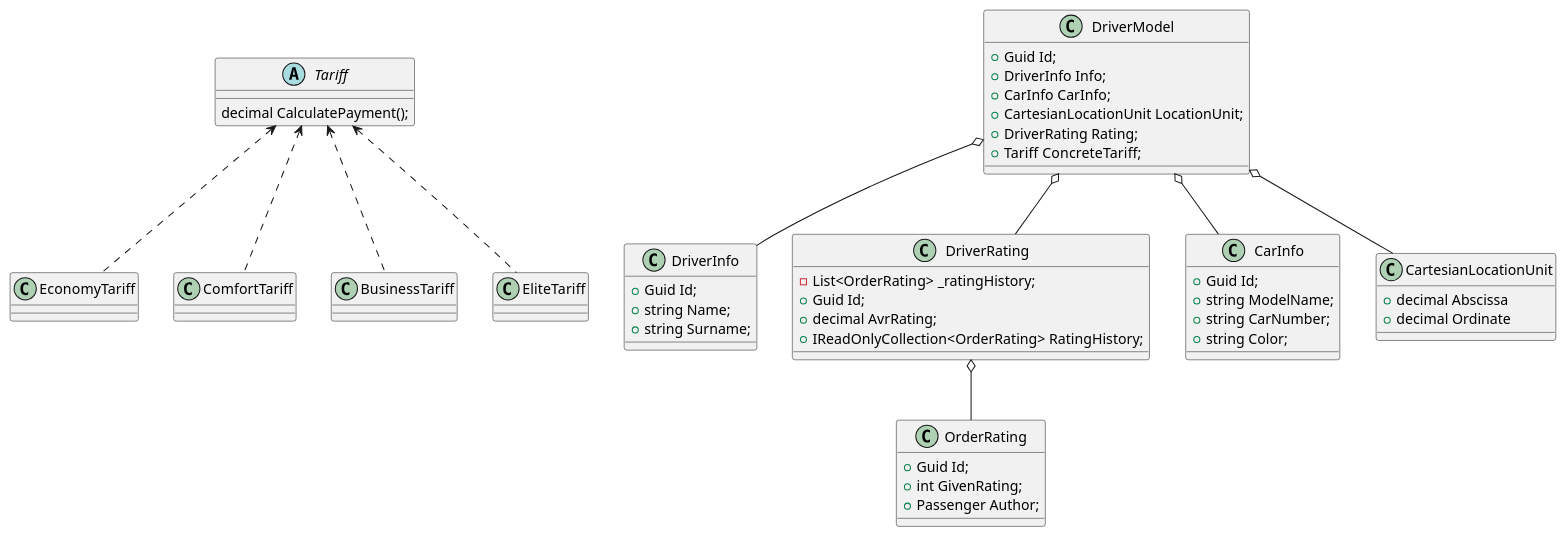
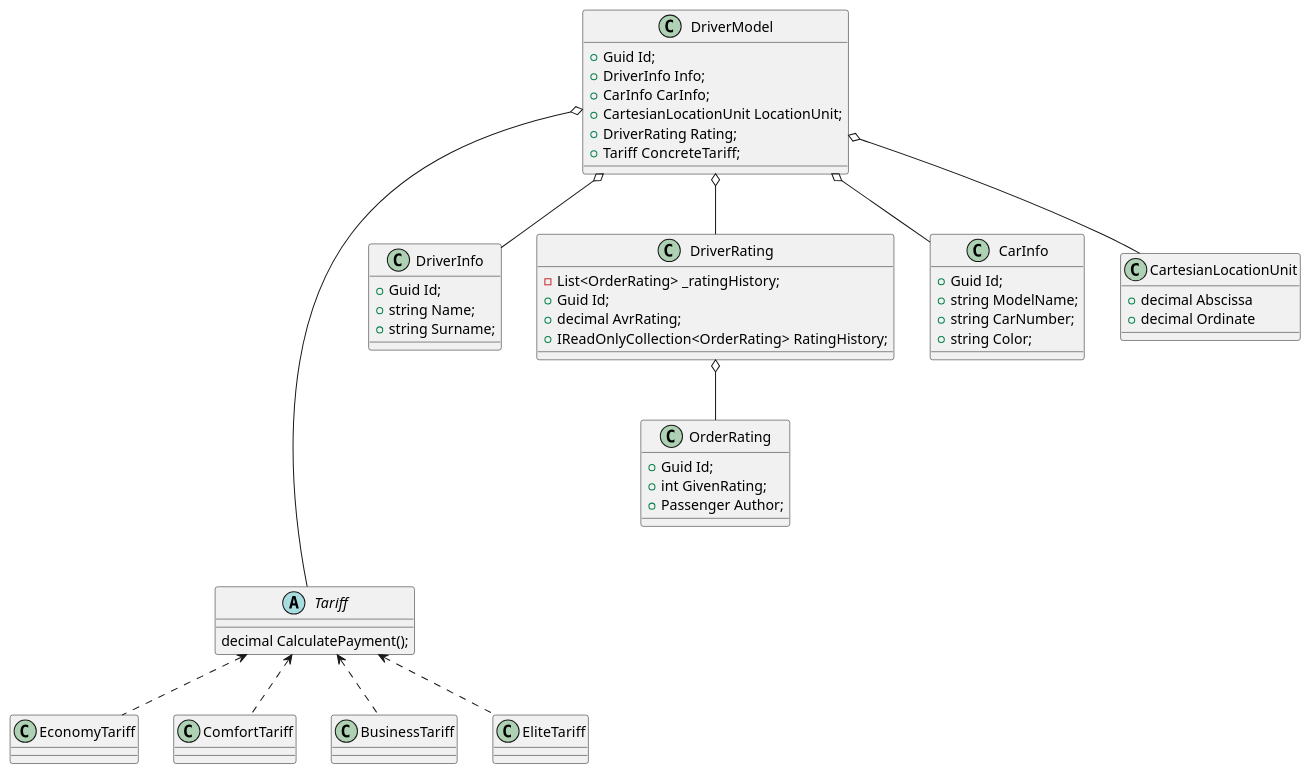
Before and after one commit to is-oop-y24/Pig-n-Go: the diagram in Docs/DriverModelScheme.puml, drawn with PlantUML.

Commit message:
docs: change arrows in DriverModelScheme

```diff
--- a/Docs/DriverModelScheme.puml
+++ b/Docs/DriverModelScheme.puml
@@ -1,67 +1,68 @@
 @startuml
 'https://plantuml.com/class-diagram
 
 abstract class Tariff
 {
     decimal CalculatePayment();
 }
 
 Tariff <.. EconomyTariff
 Tariff <.. ComfortTariff
 Tariff <.. BusinessTariff
 Tariff <.. EliteTariff
 
 class DriverModel
 {
     +Guid Id;
     +DriverInfo Info;
     +CarInfo CarInfo;
     +CartesianLocationUnit LocationUnit;
     +DriverRating Rating;
     +Tariff ConcreteTariff;
 }
 
 class DriverInfo
 {
     +Guid Id;
     +string Name;
     +string Surname;
 }
 
 class DriverRating
 { 
     -List<OrderRating> _ratingHistory;
     +Guid Id;
     +decimal AvrRating;
     +IReadOnlyCollection<OrderRating> RatingHistory;
 }
 
 class OrderRating
 {
     +Guid Id;
     +int GivenRating;
     +Passenger Author;
 }
 
 class CarInfo
 {
     +Guid Id;
     +string ModelName;
     +string CarNumber;
     +string Color;
 }
 
 class CartesianLocationUnit
 {
     +decimal Abscissa
     +decimal Ordinate
 }
 
 DriverModel o-- DriverRating
 DriverModel o-- DriverInfo
 DriverModel o-- CarInfo
 DriverModel o-- CartesianLocationUnit
+DriverModel o-d--- Tariff
 
 DriverRating o-- OrderRating
 
 @enduml
```
